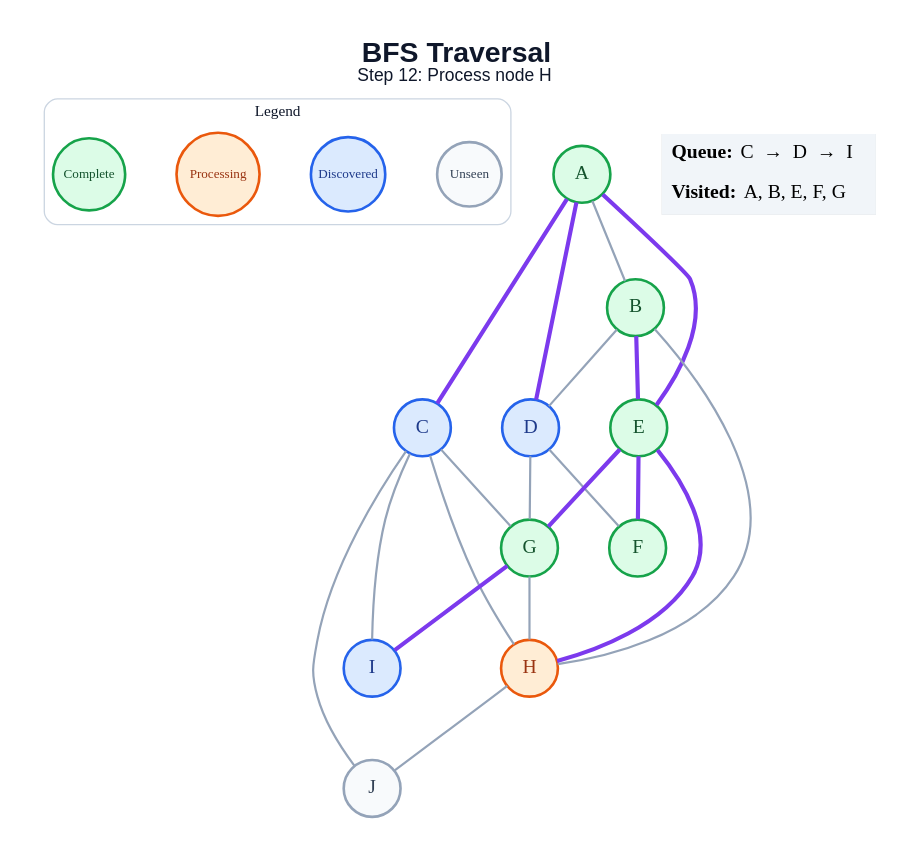
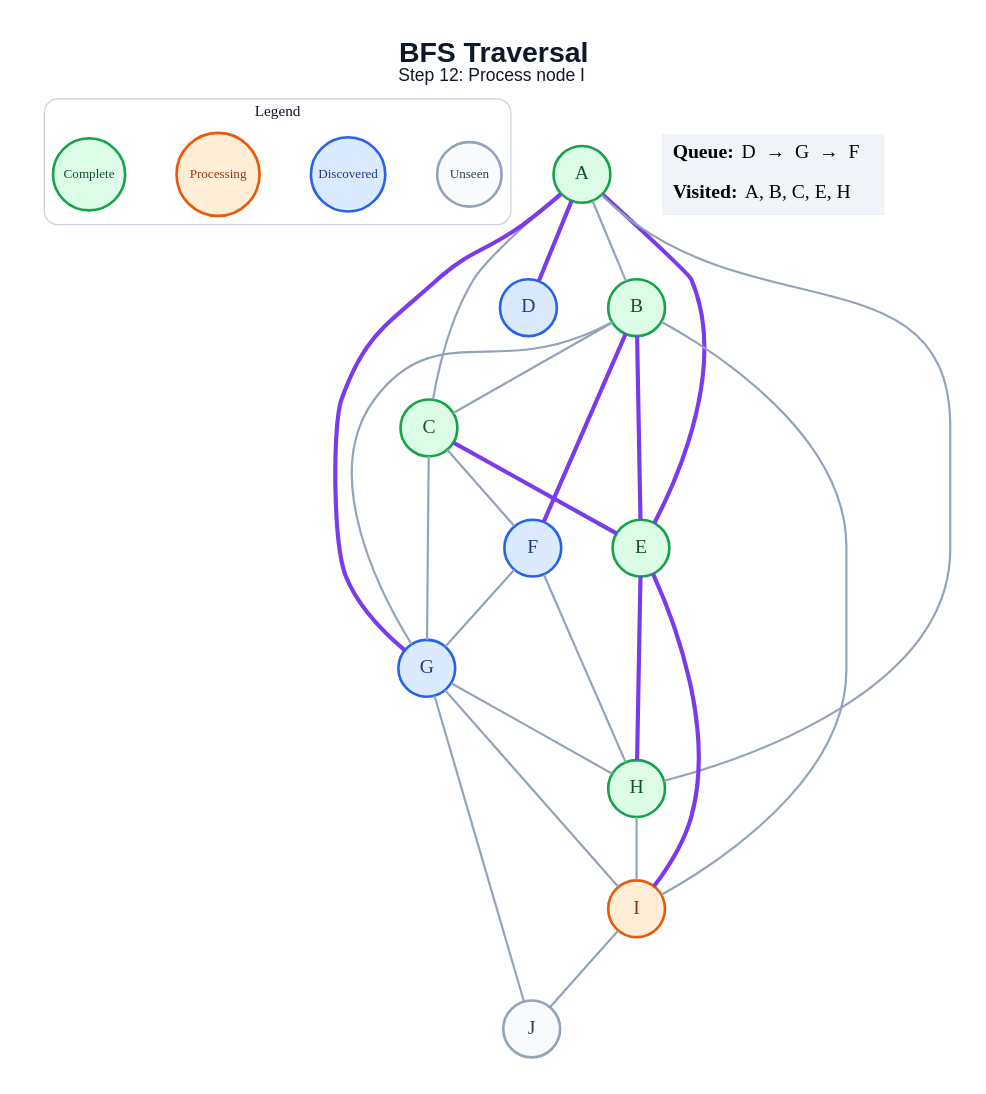
The diagram in generated/specific-node/bfs/step_12.dot (amanghodawala9/ai-slop), drawn with Graphviz before and after one commit. The commit also changed 178 other files, not shown here.

```diff
--- a/generated/specific-node/bfs/step_12.dot
+++ b/generated/specific-node/bfs/step_12.dot
@@ -1,48 +1,52 @@
 graph traversal {
   graph [layout=dot, rankdir=TB, bgcolor="#FFFFFF", pad="0.35", nodesep="0.65", ranksep="0.8", fontname="Arial"];
   node [shape=circle, style="filled", fontname="Arial Bold", fontsize=18, width=0.72, fixedsize=true, penwidth=2.4];
   edge [color="#94A3B8", penwidth=2.0];
-  label=<<B>BFS Traversal</B><BR/><FONT POINT-SIZE="16">Step 12: Process node H</FONT>>; labelloc="t"; fontsize=26; fontname="Arial"; fontcolor="#0F172A";
+  label=<<B>BFS Traversal</B><BR/><FONT POINT-SIZE="16">Step 12: Process node I</FONT>>; labelloc="t"; fontsize=26; fontname="Arial"; fontcolor="#0F172A";
   subgraph cluster_legend { label="Legend"; color="#CBD5E1"; penwidth=1.2; style="rounded"; fontsize=14; fontname="Arial Bold";
     key_unseen [label="Unseen", fillcolor="#F8FAFC", color="#94A3B8", fontcolor="#334155", fontsize=12, width=0.82];
     key_frontier [label="Discovered", fillcolor="#DBEAFE", color="#2563EB", fontcolor="#1E3A8A", fontsize=12, width=0.95];
     key_current [label="Processing", fillcolor="#FFEDD5", color="#EA580C", fontcolor="#9A3412", fontsize=12, width=1.05];
     key_done [label="Complete", fillcolor="#DCFCE7", color="#16A34A", fontcolor="#14532D", fontsize=12, width=0.92];
     { rank=same; key_unseen; key_frontier; key_current; key_done; }
   }
   A [fillcolor="#DCFCE7", color="#16A34A", fontcolor="#14532D"];
   B [fillcolor="#DCFCE7", color="#16A34A", fontcolor="#14532D"];
-  C [fillcolor="#DBEAFE", color="#2563EB", fontcolor="#1E3A8A"];
+  C [fillcolor="#DCFCE7", color="#16A34A", fontcolor="#14532D"];
   D [fillcolor="#DBEAFE", color="#2563EB", fontcolor="#1E3A8A"];
   E [fillcolor="#DCFCE7", color="#16A34A", fontcolor="#14532D"];
-  F [fillcolor="#DCFCE7", color="#16A34A", fontcolor="#14532D"];
-  G [fillcolor="#DCFCE7", color="#16A34A", fontcolor="#14532D"];
-  H [fillcolor="#FFEDD5", color="#EA580C", fontcolor="#9A3412"];
-  I [fillcolor="#DBEAFE", color="#2563EB", fontcolor="#1E3A8A"];
+  F [fillcolor="#DBEAFE", color="#2563EB", fontcolor="#1E3A8A"];
+  G [fillcolor="#DBEAFE", color="#2563EB", fontcolor="#1E3A8A"];
+  H [fillcolor="#DCFCE7", color="#16A34A", fontcolor="#14532D"];
+  I [fillcolor="#FFEDD5", color="#EA580C", fontcolor="#9A3412"];
   J [fillcolor="#F8FAFC", color="#94A3B8", fontcolor="#334155"];
   A -- B;
-  A -- C [color="#7C3AED", penwidth=3.8];
+  A -- C;
   A -- D [color="#7C3AED", penwidth=3.8];
   A -- E [color="#7C3AED", penwidth=3.8];
-  B -- D;
+  A -- G [color="#7C3AED", penwidth=3.8];
+  A -- H;
+  B -- C;
   B -- E [color="#7C3AED", penwidth=3.8];
-  B -- H;
+  B -- F [color="#7C3AED", penwidth=3.8];
+  B -- G;
+  B -- I;
+  C -- E [color="#7C3AED", penwidth=3.8];
+  C -- F;
   C -- G;
-  C -- H;
-  C -- I;
-  C -- J;
-  D -- F;
-  D -- G;
-  E -- F [color="#7C3AED", penwidth=3.8];
-  E -- G [color="#7C3AED", penwidth=3.8];
   E -- H [color="#7C3AED", penwidth=3.8];
+  E -- I [color="#7C3AED", penwidth=3.8];
+  F -- G;
+  F -- H;
   G -- H;
-  G -- I [color="#7C3AED", penwidth=3.8];
-  H -- J;
+  G -- I;
+  G -- J;
+  H -- I;
+  I -- J;
   status [shape=plain, fixedsize=false, width=0, height=0, margin=0, label=<
     <TABLE BORDER="0" CELLBORDER="0" CELLPADDING="7" BGCOLOR="#F1F5F9">
-      <TR><TD ALIGN="LEFT"><B>Queue:</B> C  →  D  →  I</TD></TR>
-      <TR><TD ALIGN="LEFT"><B>Visited:</B> A, B, E, F, G</TD></TR>
+      <TR><TD ALIGN="LEFT"><B>Queue:</B> D  →  G  →  F</TD></TR>
+      <TR><TD ALIGN="LEFT"><B>Visited:</B> A, B, C, E, H</TD></TR>
     </TABLE>
   >];
 }
```
